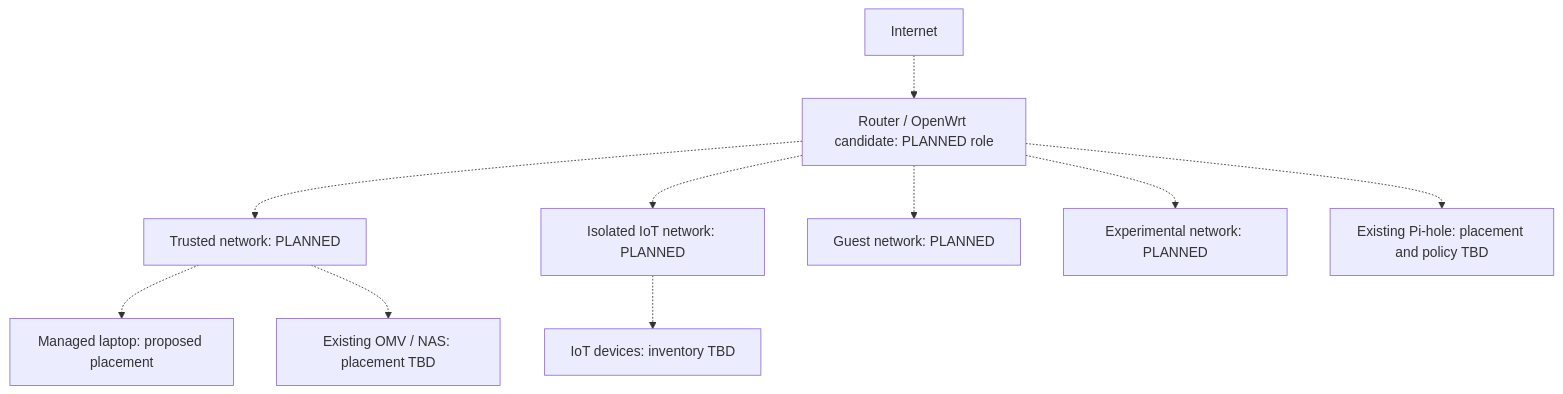
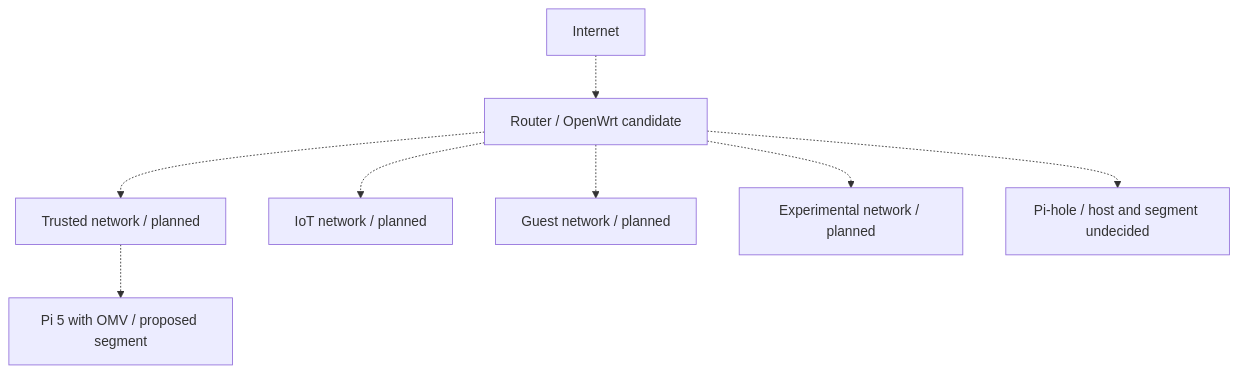
Before and after one commit to moldovanluca4/homelab: the diagram in diagrams/planned-architecture.md, drawn with Mermaid. The commit also changed other lines of this file and 25 other files, not shown here.

````diff
--- a/diagrams/planned-architecture.md
+++ b/diagrams/planned-architecture.md
@@ -7,12 +7,10 @@
 ```mermaid
 flowchart TB
-    Internet["Internet"] -.-> Edge["Router / OpenWrt candidate: PLANNED role"]
-    Edge -.-> Trusted["Trusted network: PLANNED"]
-    Edge -.-> IoT["Isolated IoT network: PLANNED"]
-    Edge -.-> Guest["Guest network: PLANNED"]
-    Edge -.-> Lab["Experimental network: PLANNED"]
-    Trusted -.-> Laptop["Managed laptop: proposed placement"]
-    Trusted -.-> NAS["Existing OMV / NAS: placement TBD"]
-    IoT -.-> Devices["IoT devices: inventory TBD"]
-    Edge -.-> DNS["Existing Pi-hole: placement and policy TBD"]
+    Internet["Internet"] -.-> Edge["Router / OpenWrt candidate"]
+    Edge -.-> Trusted["Trusted network / planned"]
+    Edge -.-> IoT["IoT network / planned"]
+    Edge -.-> Guest["Guest network / planned"]
+    Edge -.-> Lab["Experimental network / planned"]
+    Trusted -.-> NAS["Pi 5 with OMV / proposed segment"]
+    Edge -.-> DNS["Pi-hole / host and segment undecided"]
 ```
````
